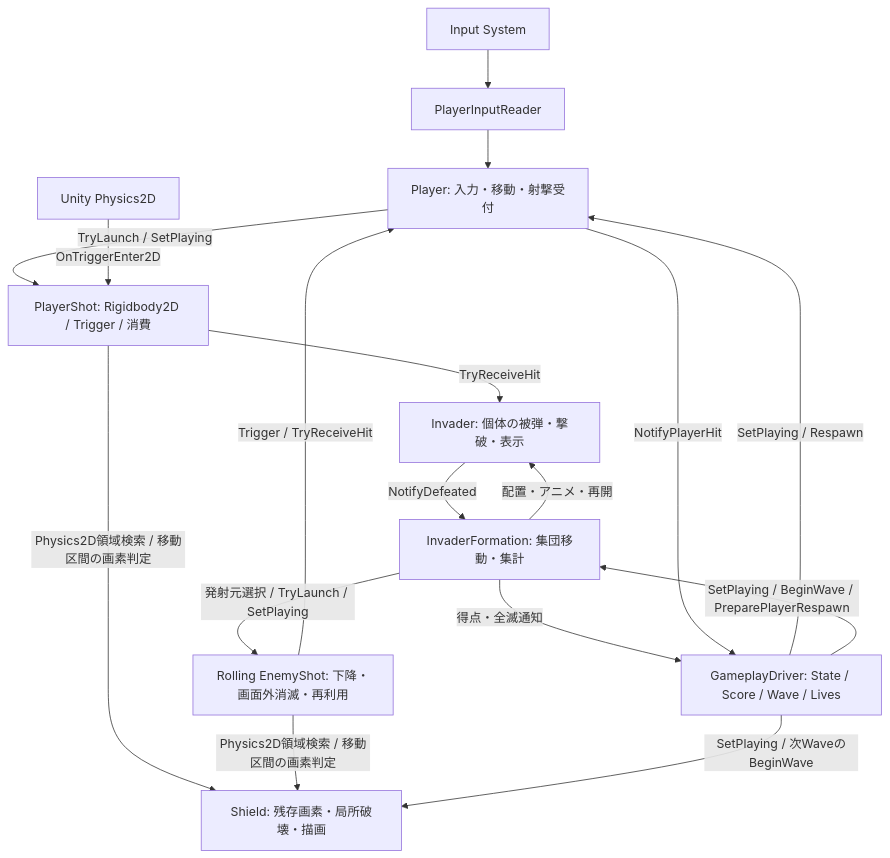
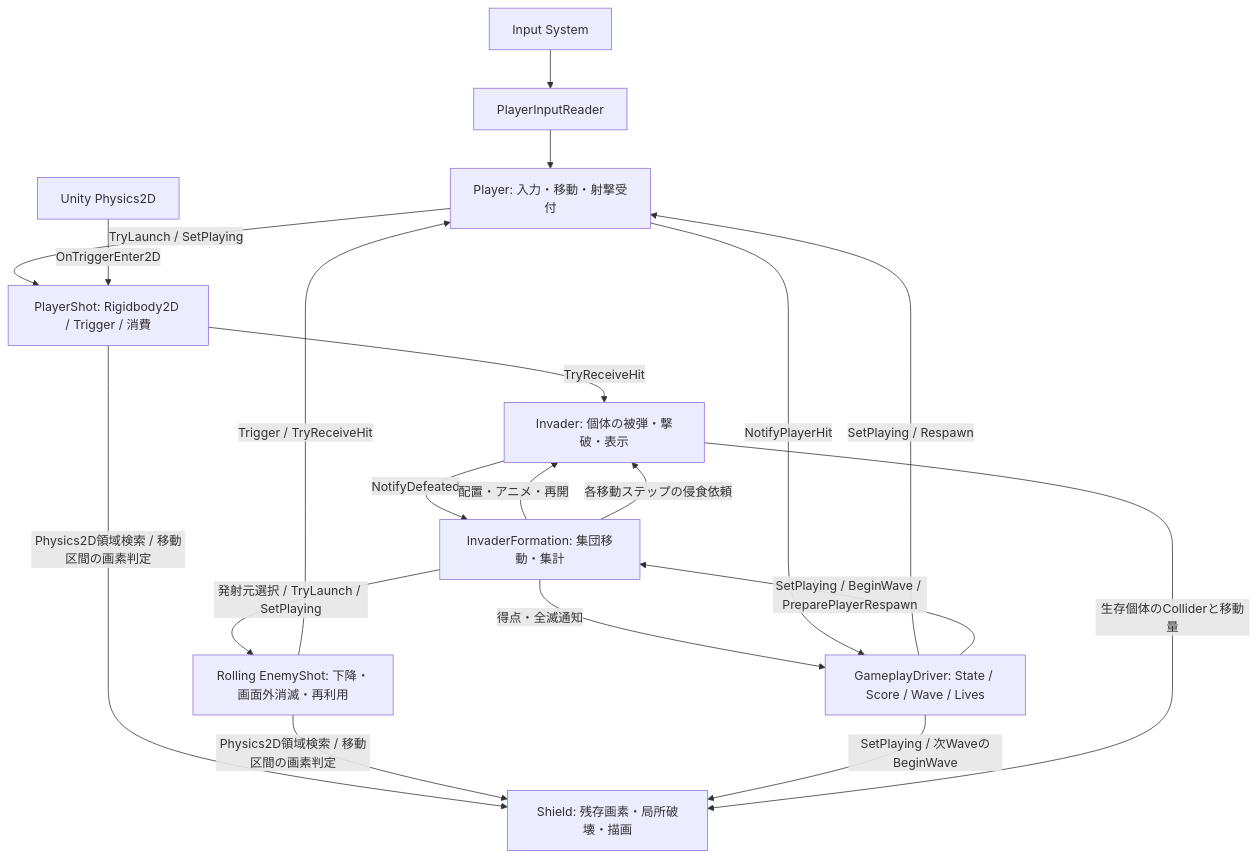
The diagram in docs/ARCHITECTURE.md (urahimono/Unity_Invader), drawn with Mermaid before and after one commit. The commit also changed other lines of this file and 5 other files, not shown here.

````diff
--- a/docs/ARCHITECTURE.md
+++ b/docs/ARCHITECTURE.md
@@ -21,19 +21,21 @@
 ```mermaid
 flowchart TD
     Input[Input System] --> Reader[PlayerInputReader]
     Reader --> Player[Player: 入力・移動・射撃受付]
     Driver[GameplayDriver: State / Score / Wave / Lives] -->|SetPlaying / Respawn| Player
     Driver -->|SetPlaying / BeginWave / PreparePlayerRespawn| Formation[InvaderFormation: 集団移動・集計]
     Player -->|TryLaunch / SetPlaying| Shot[PlayerShot: Rigidbody2D / Trigger / 消費]
     Physics[Unity Physics2D] -->|OnTriggerEnter2D| Shot
     Shot -->|TryReceiveHit| Invader[Invader: 個体の被弾・撃破・表示]
     Invader -->|NotifyDefeated| Formation
     Formation -->|得点・全滅通知| Driver
     Formation -->|配置・アニメ・再開| Invader
     Formation -->|発射元選択 / TryLaunch / SetPlaying| EnemyShot[Rolling EnemyShot: 下降・画面外消滅・再利用]
     EnemyShot -->|Trigger / TryReceiveHit| Player
     Player -->|NotifyPlayerHit| Driver
     Shot -->|Physics2D領域検索 / 移動区間の画素判定| Shield[Shield: 残存画素・局所破壊・描画]
     EnemyShot -->|Physics2D領域検索 / 移動区間の画素判定| Shield
     Driver -->|SetPlaying / 次WaveのBeginWave| Shield
+    Formation -->|各移動ステップの侵食依頼| Invader
+    Invader -->|生存個体のColliderと移動量| Shield
 ```
````
